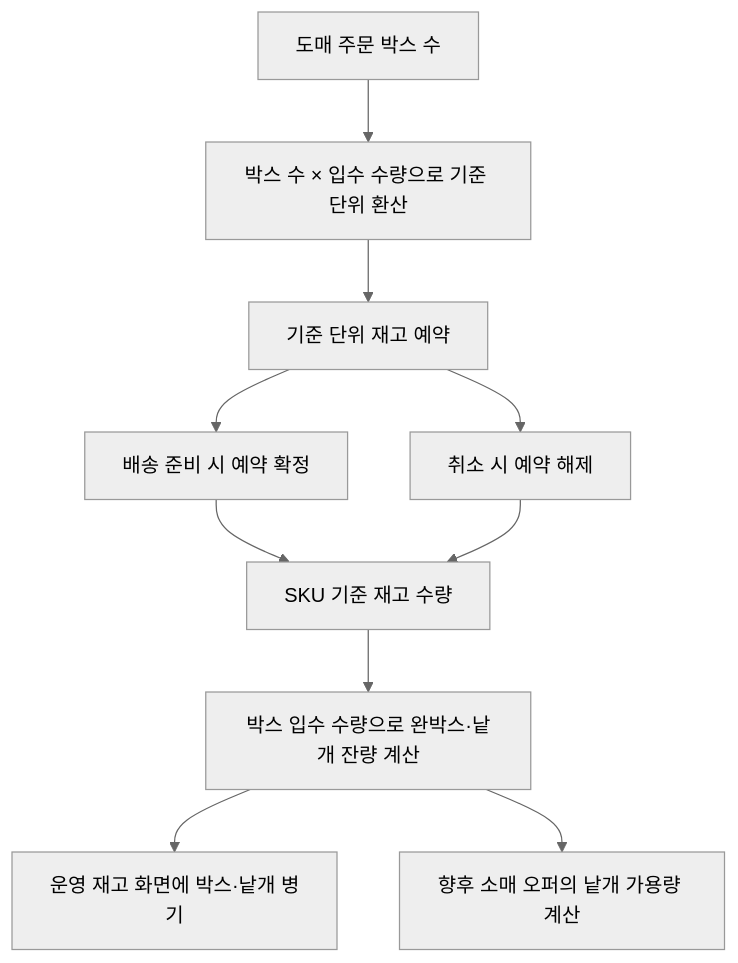
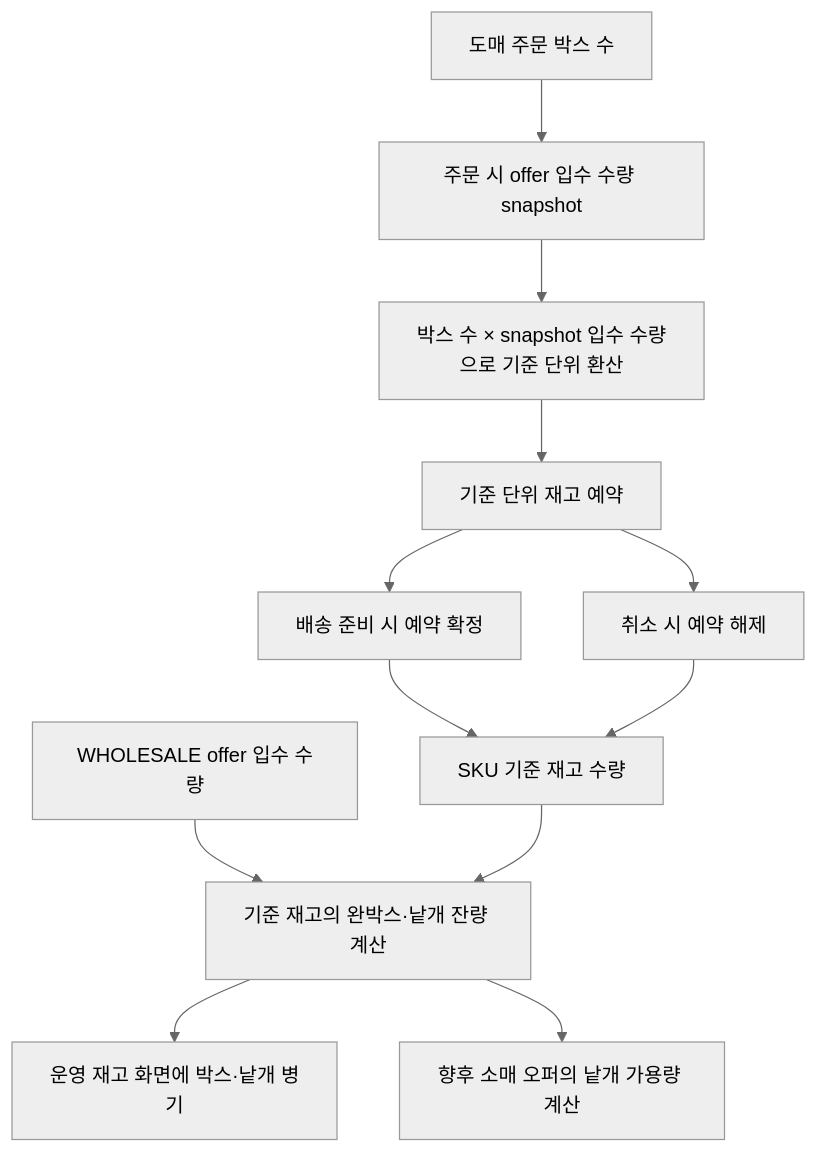
The second of 2 diagrams in docs/services/inventory.md (DongHyeonEom/umji-market-api), drawn with Mermaid (neutral theme) before and after one commit. The commit also changed other lines of this file and 38 other files, not shown here.

````diff
--- a/docs/services/inventory.md
+++ b/docs/services/inventory.md
@@ -65,12 +67,14 @@
 ```mermaid
 flowchart TD
-    STOCK[SKU 기준 재고 수량] --> DISPLAY[박스 입수 수량으로 완박스·낱개 잔량 계산]
-    B2B[도매 주문 박스 수] --> CONVERT[박스 수 × 입수 수량으로 기준 단위 환산]
+    OFFER[WHOLESALE offer 입수 수량] --> DISPLAY[기준 재고의 완박스·낱개 잔량 계산]
+    STOCK[SKU 기준 재고 수량] --> DISPLAY
+    B2B[도매 주문 박스 수] --> SNAPSHOT[주문 시 offer 입수 수량 snapshot]
+    SNAPSHOT --> CONVERT[박스 수 × snapshot 입수 수량으로 기준 단위 환산]
     CONVERT --> RESERVE[기준 단위 재고 예약]
     RESERVE --> CONFIRM[배송 준비 시 예약 확정]
     RESERVE --> RELEASE[취소 시 예약 해제]
     CONFIRM --> STOCK
     RELEASE --> STOCK
     DISPLAY --> ADMIN[운영 재고 화면에 박스·낱개 병기]
     DISPLAY --> RETAIL[향후 소매 오퍼의 낱개 가용량 계산]
 ```
````
